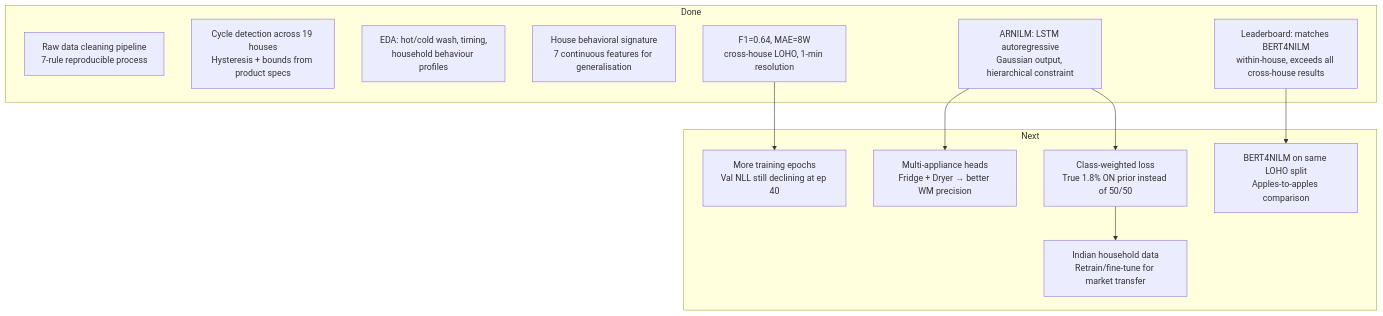
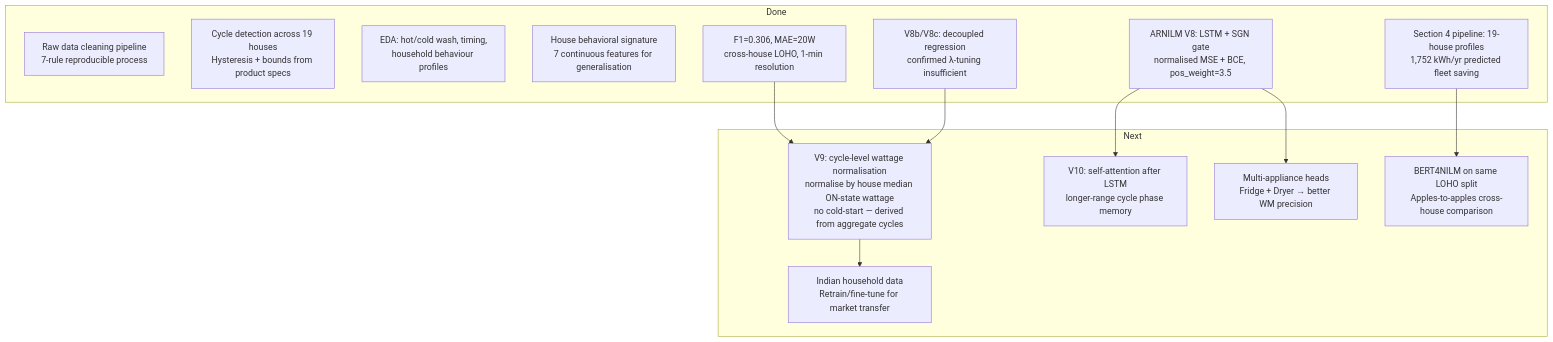
The eighth of 8 diagrams in results/full_report.md (Juzz4vijay/flock-energy-nilm), drawn with Mermaid before and after one commit. The commit also changed other lines of this file, not shown here.

First line of the commit message:
Update full_report.md: V8 architecture, correct metrics, V8b/V8c outcomes

````diff
--- a/results/full_report.md
+++ b/results/full_report.md
@@ -635,26 +705,28 @@
 ```mermaid
 flowchart TD
     subgraph Done
         D1[Raw data cleaning pipeline<br/>7-rule reproducible process]
         D2[Cycle detection across 19 houses<br/>Hysteresis + bounds from product specs]
         D3[EDA: hot/cold wash, timing,<br/>household behaviour profiles]
         D4[House behavioral signature<br/>7 continuous features for generalisation]
-        D5[ARNILM: LSTM autoregressive<br/>Gaussian output, hierarchical constraint]
-        D6[F1=0.64, MAE=8W<br/>cross-house LOHO, 1-min resolution]
-        D7[Leaderboard: matches BERT4NILM<br/>within-house, exceeds all cross-house results]
+        D5[ARNILM V8: LSTM + SGN gate<br/>normalised MSE + BCE, pos_weight=3.5]
+        D6[F1=0.306, MAE=20W<br/>cross-house LOHO, 1-min resolution]
+        D7[Section 4 pipeline: 19-house profiles<br/>1,752 kWh/yr predicted fleet saving]
+        D8[V8b/V8c: decoupled regression<br/>confirmed λ-tuning insufficient]
     end
 
     subgraph Next
-        N1[More training epochs<br/>Val NLL still declining at ep 40]
-        N2[Multi-appliance heads<br/>Fridge + Dryer → better WM precision]
-        N3[Class-weighted loss<br/>True 1.8% ON prior instead of 50/50]
+        N1[V9: cycle-level wattage normalisation<br/>normalise by house median ON-state wattage<br/>no cold-start — derived from aggregate cycles]
+        N2[V10: self-attention after LSTM<br/>longer-range cycle phase memory]
+        N3[Multi-appliance heads<br/>Fridge + Dryer → better WM precision]
         N4[Indian household data<br/>Retrain/fine-tune for market transfer]
-        N5[BERT4NILM on same LOHO split<br/>Apples-to-apples comparison]
+        N5[BERT4NILM on same LOHO split<br/>Apples-to-apples cross-house comparison]
     end
 
     D6 --> N1
+    D8 --> N1
     D5 --> N2
     D5 --> N3
     D7 --> N5
-    N3 --> N4
+    N1 --> N4
 ```
````
